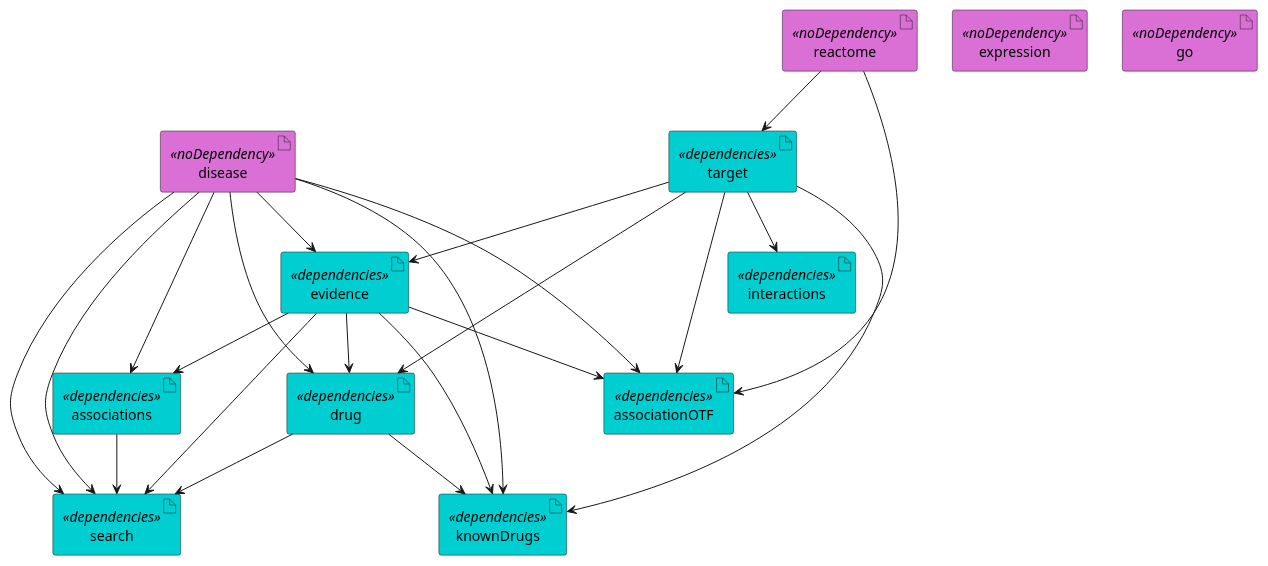
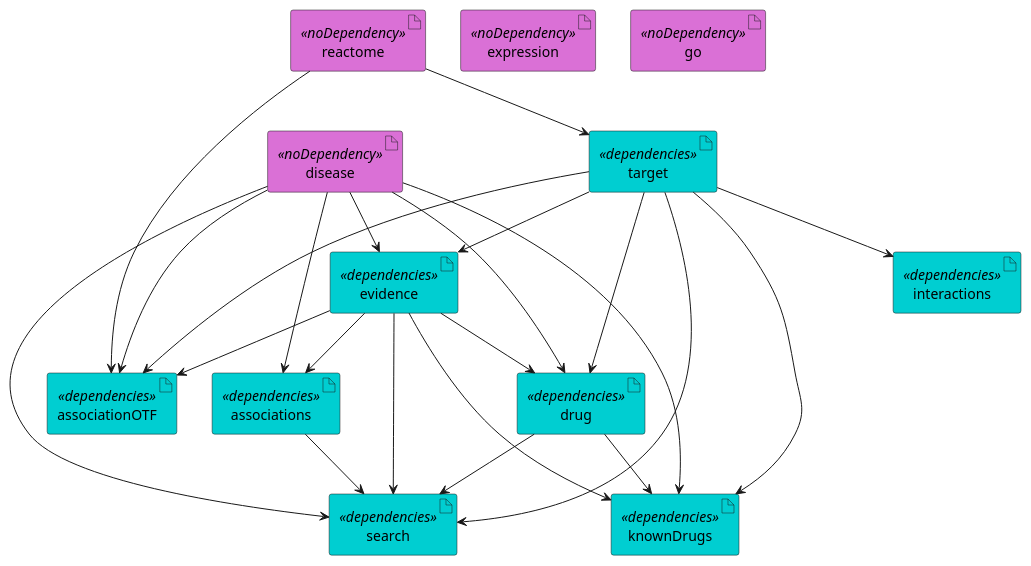
One commit to opentargets/platform-etl-backend changed the diagram in documentation/etl_current.puml. Above: the diagram before and after it, drawn with PlantUML.

Commit message:
Fix error in documentation: missing arrow target -> search

```diff
--- a/documentation/etl_current.puml
+++ b/documentation/etl_current.puml
@@ -1,53 +1,53 @@
 @startuml
 skinparam interface {
     backgroundColor<<input>> darkblue
     backgroundColor<<output>> cyan
 }
 skinparam artifact {
      backgroundColor<<noDependency>> orchid
      backgroundColor<<dependencies>> darkturquoise
  }
 ' steps
 artifact associations <<dependencies>>
 artifact associationOTF <<dependencies>>
 artifact disease <<noDependency>>
 artifact drug <<dependencies>>
 artifact evidence <<dependencies>>
 artifact expression <<noDependency>>
 artifact go <<noDependency>>
 artifact interactions <<dependencies>>
 artifact knownDrugs <<dependencies>>
 artifact reactome <<noDependency>>
 artifact search <<dependencies>>
 artifact target <<dependencies>>
 
 reactome --> target
 
 evidence --> associations
 disease --> associations
 
 reactome --> associationOTF
 evidence --> associationOTF
 disease --> associationOTF
 target --> associationOTF
 
 target --> drug
 disease --> drug
 evidence --> drug
 target --> evidence
 disease --> evidence
 
 evidence --> knownDrugs
 disease --> knownDrugs
 target --> knownDrugs
 drug --> knownDrugs
 
 evidence --> search
 disease --> search
-disease --> search
+target --> search
 drug --> search
 associations --> search
 
 target --> interactions
 
 @enduml
```
